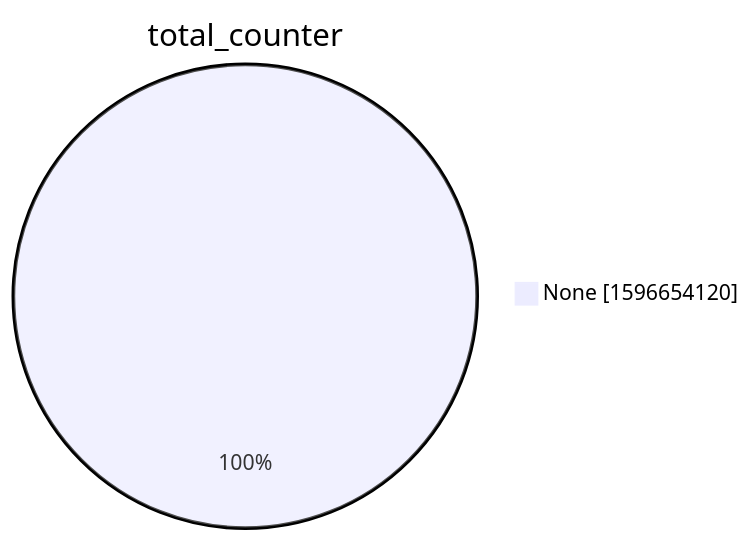
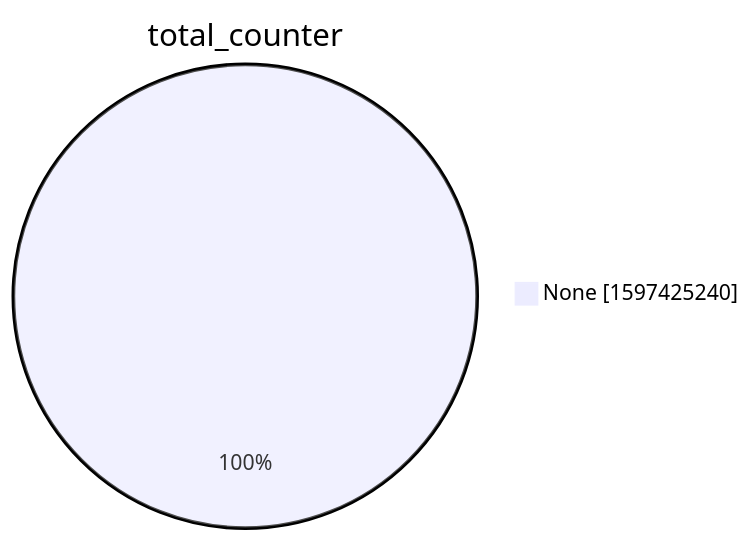
Before and after one commit to christiankrug/ctmonitor_visualization: the second of 15 diagrams in xenon2022/README.md, drawn with Mermaid. The commit also changed other lines of this file, not shown here.

````diff
--- a/xenon2022/README.md
+++ b/xenon2022/README.md
@@ -9,5 +9,5 @@
 ```mermaid
 pie showData
 title total_counter
-"None" :1596654120
+"None" :1597425240
 ```
````
